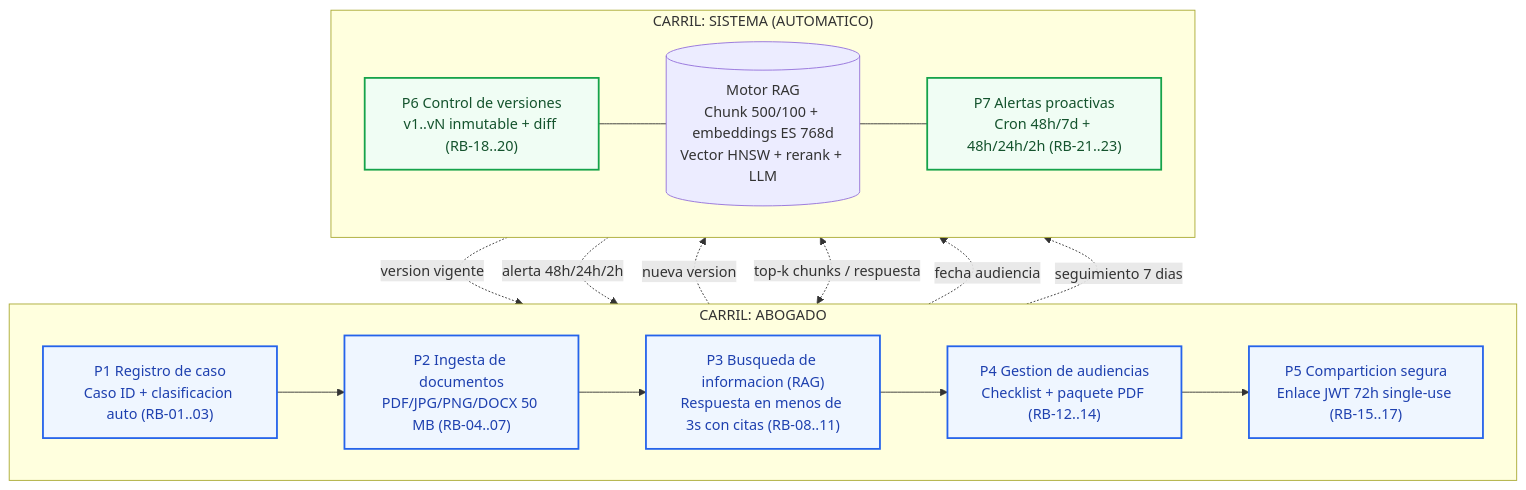
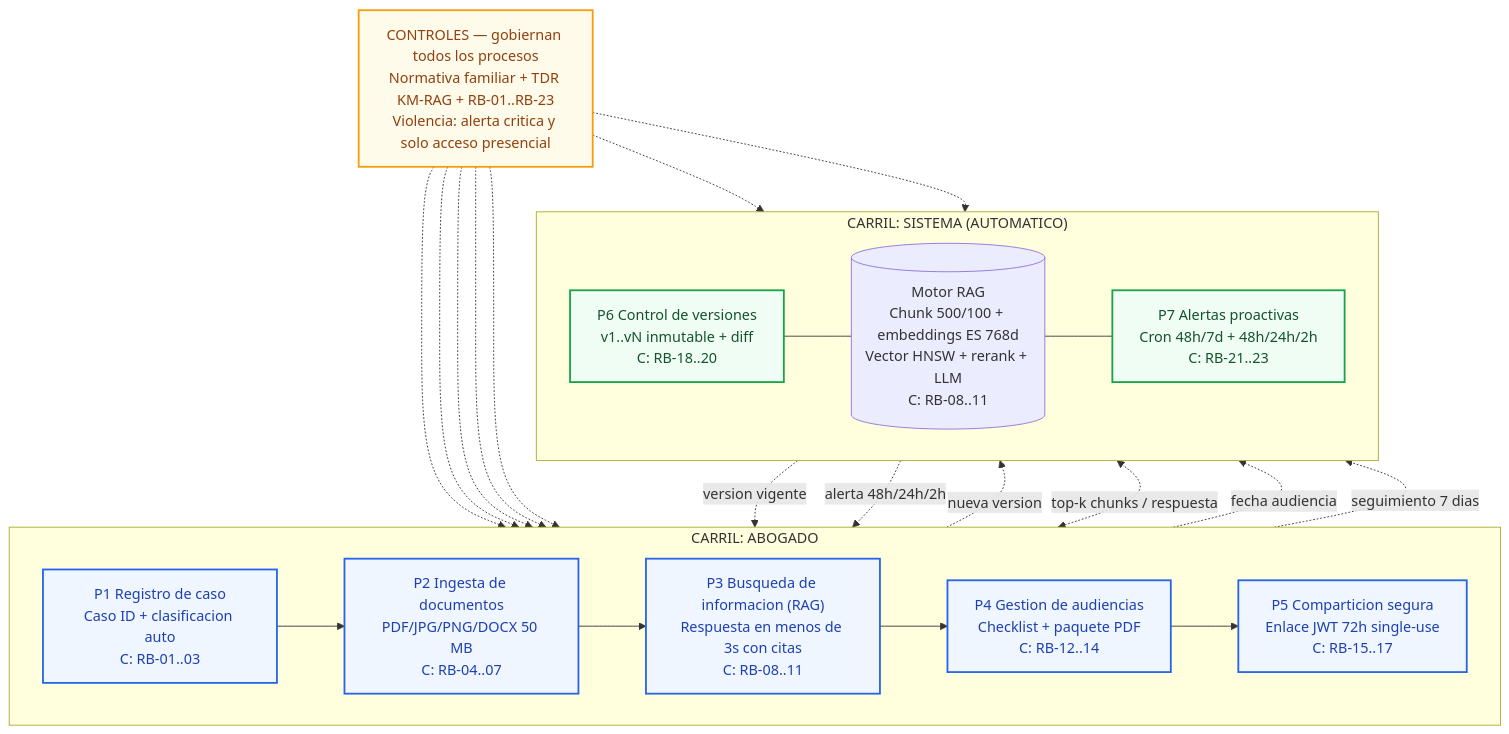
One commit to TrynaFindMimi/knwoledge-management changed the diagram in documentos/diagramas/procesos/Procesos_01.mmd. Above: the diagram before and after it, drawn with Mermaid. The commit also changed 3 other files, not shown here.

Commit message:
feat: agrega controladores IDEF0 al mapa de procesos (banda ambar + pastilla C: por proceso) y restaura WAE_01.mmd

```diff
--- a/documentos/diagramas/procesos/Procesos_01.mmd
+++ b/documentos/diagramas/procesos/Procesos_01.mmd
@@ -1,38 +1,45 @@
 %% ==========================================================
 %% MAPA DE PROCESOS — Sistema KM con RAG (P1..P7)
 %% Buffet Asistencia Familiar — La Paz
 %% Carril ABOGADO: flujo principal P1→P2→P3→P4→P5
 %% Carril SISTEMA: soporte P6 (versiones), P7 (alertas) + Motor RAG
+%% CONTROLES (IDEF0, entran por arriba): Normativa familiar,
+%% TDR KM-RAG + reglas RB-01..RB-23 (una por proceso)
 %% Fuente: documentos/Modelado_Procesos_BPWin.md (RB-01..RB-23)
 %% ==========================================================
 flowchart TB
 
+    CTL["CONTROLES — gobiernan todos los procesos<br/>Normativa familiar + TDR KM-RAG + RB-01..RB-23<br/>Violencia: alerta critica y solo acceso presencial"]
+
     subgraph ABOGADO["CARRIL: ABOGADO"]
         direction LR
-        P1["P1 Registro de caso<br/>Caso ID + clasificacion auto (RB-01..03)"]
-        P2["P2 Ingesta de documentos<br/>PDF/JPG/PNG/DOCX 50 MB (RB-04..07)"]
-        P3["P3 Busqueda de informacion (RAG)<br/>Respuesta en menos de 3s con citas (RB-08..11)"]
-        P4["P4 Gestion de audiencias<br/>Checklist + paquete PDF (RB-12..14)"]
-        P5["P5 Comparticion segura<br/>Enlace JWT 72h single-use (RB-15..17)"]
+        P1["P1 Registro de caso<br/>Caso ID + clasificacion auto<br/>C: RB-01..03"]
+        P2["P2 Ingesta de documentos<br/>PDF/JPG/PNG/DOCX 50 MB<br/>C: RB-04..07"]
+        P3["P3 Busqueda de informacion (RAG)<br/>Respuesta en menos de 3s con citas<br/>C: RB-08..11"]
+        P4["P4 Gestion de audiencias<br/>Checklist + paquete PDF<br/>C: RB-12..14"]
+        P5["P5 Comparticion segura<br/>Enlace JWT 72h single-use<br/>C: RB-15..17"]
         P1 --> P2 --> P3 --> P4 --> P5
     end
 
     subgraph SISTEMA["CARRIL: SISTEMA (AUTOMATICO)"]
         direction LR
-        P6["P6 Control de versiones<br/>v1..vN inmutable + diff (RB-18..20)"]
-        RAG[("Motor RAG<br/>Chunk 500/100 + embeddings ES 768d<br/>Vector HNSW + rerank + LLM")]
-        P7["P7 Alertas proactivas<br/>Cron 48h/7d + 48h/24h/2h (RB-21..23)"]
+        P6["P6 Control de versiones<br/>v1..vN inmutable + diff<br/>C: RB-18..20"]
+        RAG[("Motor RAG<br/>Chunk 500/100 + embeddings ES 768d<br/>Vector HNSW + rerank + LLM<br/>C: RB-08..11")]
+        P7["P7 Alertas proactivas<br/>Cron 48h/7d + 48h/24h/2h<br/>C: RB-21..23"]
         P6 --- RAG --- P7
     end
 
+    CTL -.-> P1 & P2 & P3 & P4 & P5 & P6 & P7
     P2 -.->|"nueva version"| P6
     P3 <-.->|"top-k chunks / respuesta"| RAG
     P6 -.->|"version vigente"| P3
     P4 -.->|"fecha audiencia"| P7
     P7 -.->|"alerta 48h/24h/2h"| P4
     P1 -.->|"seguimiento 7 dias"| P7
 
     classDef proceso fill:#eff6ff,stroke:#2563eb,stroke-width:2px,color:#1e40af
     classDef soporte fill:#f0fdf4,stroke:#16a34a,stroke-width:2px,color:#14532d
+    classDef control fill:#fffbeb,stroke:#f59e0b,stroke-width:2px,color:#92400e
     class P1,P2,P3,P4,P5 proceso
     class P6,P7 soporte
+    class CTL control
```
